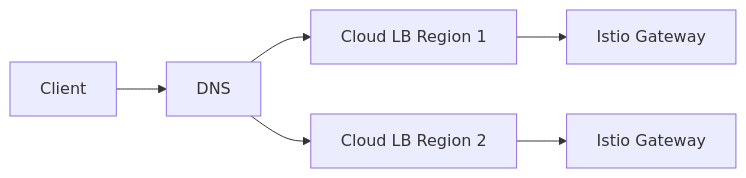
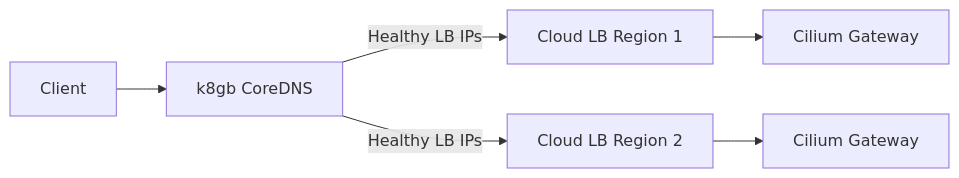
One commit to openova-io/handbook changed the second of 6 diagrams in docs/specs/SPEC-DNS-FAILOVER.md. Above: the diagram before and after it, drawn with Mermaid. The commit also changed other lines of this file and 19 other files, not shown here.

First line of the commit message:
docs: update architecture for Cilium Service Mesh and Gitea

````diff
--- a/docs/specs/SPEC-DNS-FAILOVER.md
+++ b/docs/specs/SPEC-DNS-FAILOVER.md
@@ -81,8 +121,8 @@
 ```mermaid
 flowchart LR
-    Client --> DNS[DNS]
-    DNS --> LB1[Cloud LB Region 1]
-    DNS --> LB2[Cloud LB Region 2]
-    LB1 --> GW1[Istio Gateway]
-    LB2 --> GW2[Istio Gateway]
+    Client --> K8GB[k8gb CoreDNS]
+    K8GB -->|"Healthy LB IPs"| LB1[Cloud LB Region 1]
+    K8GB -->|"Healthy LB IPs"| LB2[Cloud LB Region 2]
+    LB1 --> GW1[Cilium Gateway]
+    LB2 --> GW2[Cilium Gateway]
 ```
````
